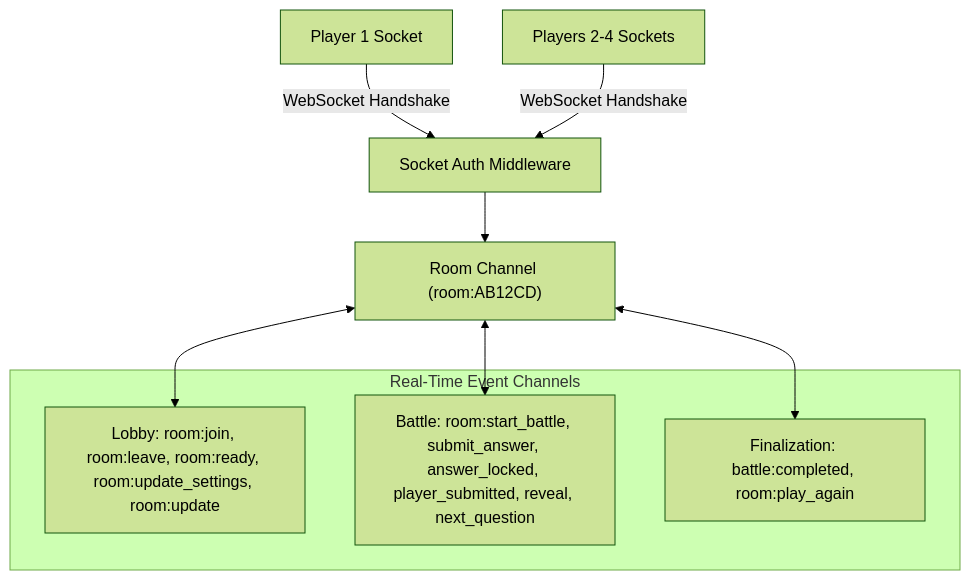
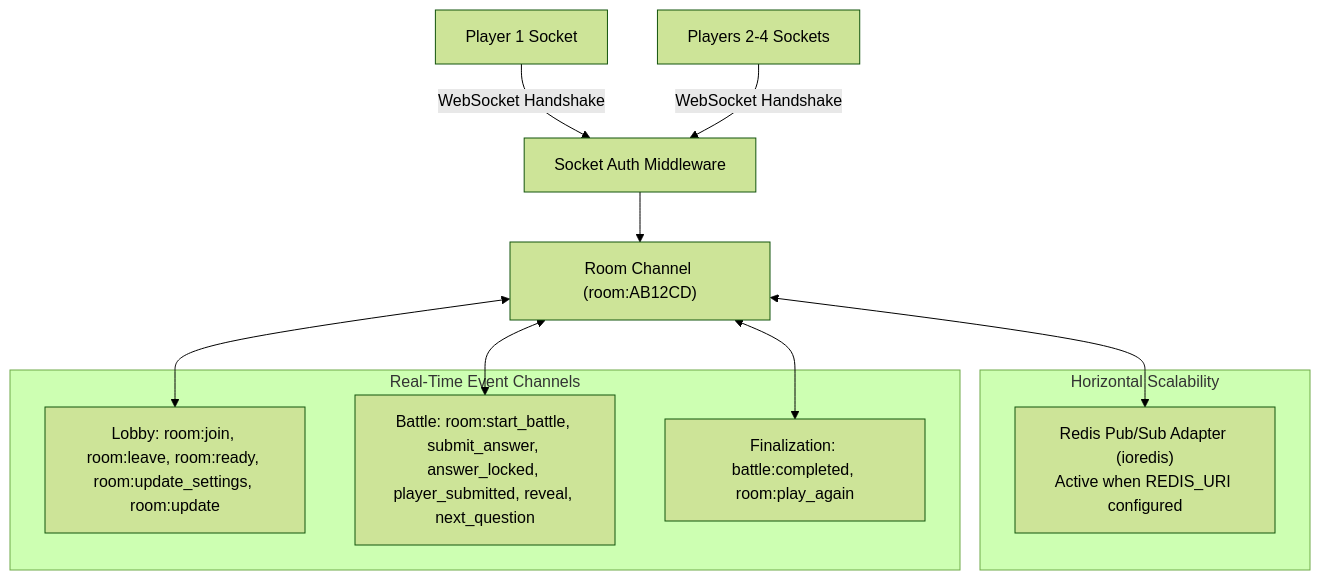
The first of 2 diagrams in docs/07-realtime-socket-architecture.md (harshverma-25/CodeArena), drawn with Mermaid (forest theme) before and after one commit. The commit also changed other lines of this file and 21 other files, not shown here.

````diff
--- a/docs/07-realtime-socket-architecture.md
+++ b/docs/07-realtime-socket-architecture.md
@@ -7,16 +11,21 @@
 ```mermaid
 graph TD
     Client1["Player 1 Socket"] -- WebSocket Handshake --> AuthMW["Socket Auth Middleware"]
     ClientN["Players 2-4 Sockets"] -- WebSocket Handshake --> AuthMW
     AuthMW --> RoomMgr["Room Channel (room:AB12CD)"]
+
+    subgraph Cluster ["Horizontal Scalability"]
+        RedisAdapter["Redis Pub/Sub Adapter (ioredis)\nActive when REDIS_URI configured"]
+    end
 
     subgraph Events ["Real-Time Event Channels"]
         LobbyEvents["Lobby: room:join, room:leave, room:ready, room:update_settings, room:update"]
         BattleEvents["Battle: room:start_battle, submit_answer, answer_locked, player_submitted, reveal, next_question"]
         CompletionEvents["Finalization: battle:completed, room:play_again"]
     end
 
+    RoomMgr <--> RedisAdapter
     RoomMgr <--> LobbyEvents
     RoomMgr <--> BattleEvents
     RoomMgr <--> CompletionEvents
 ```
````
